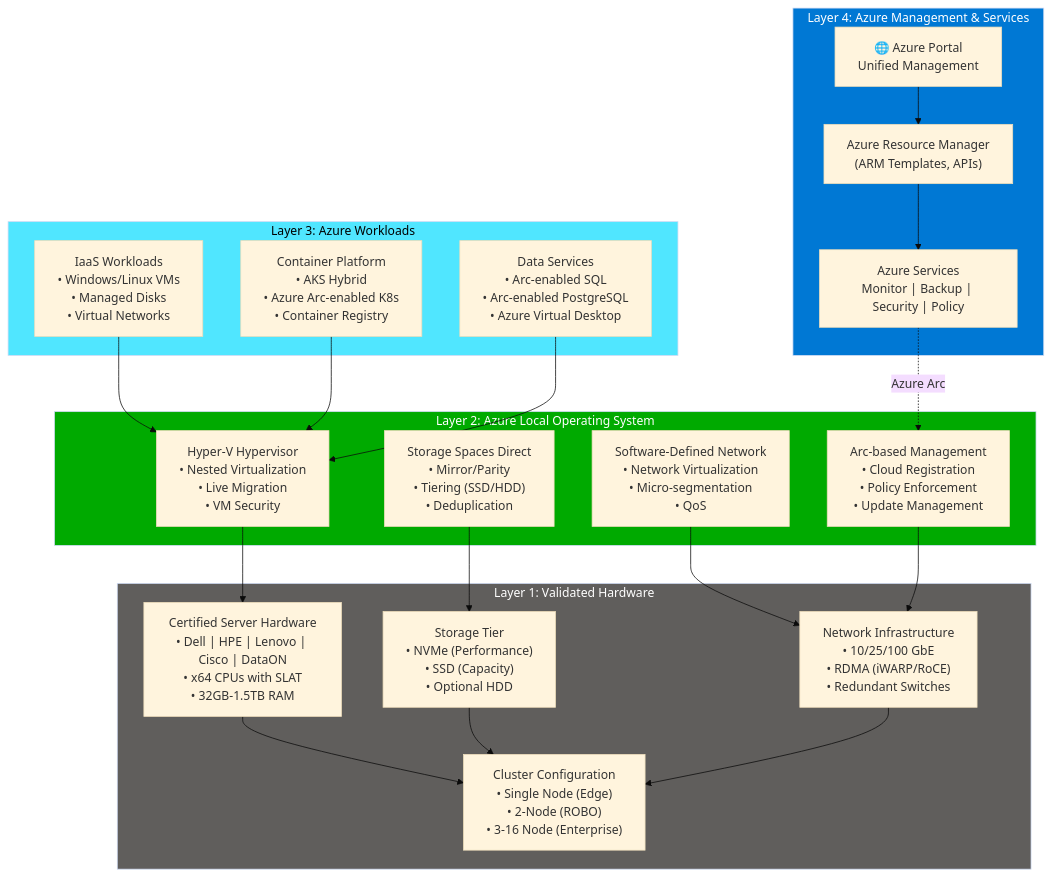
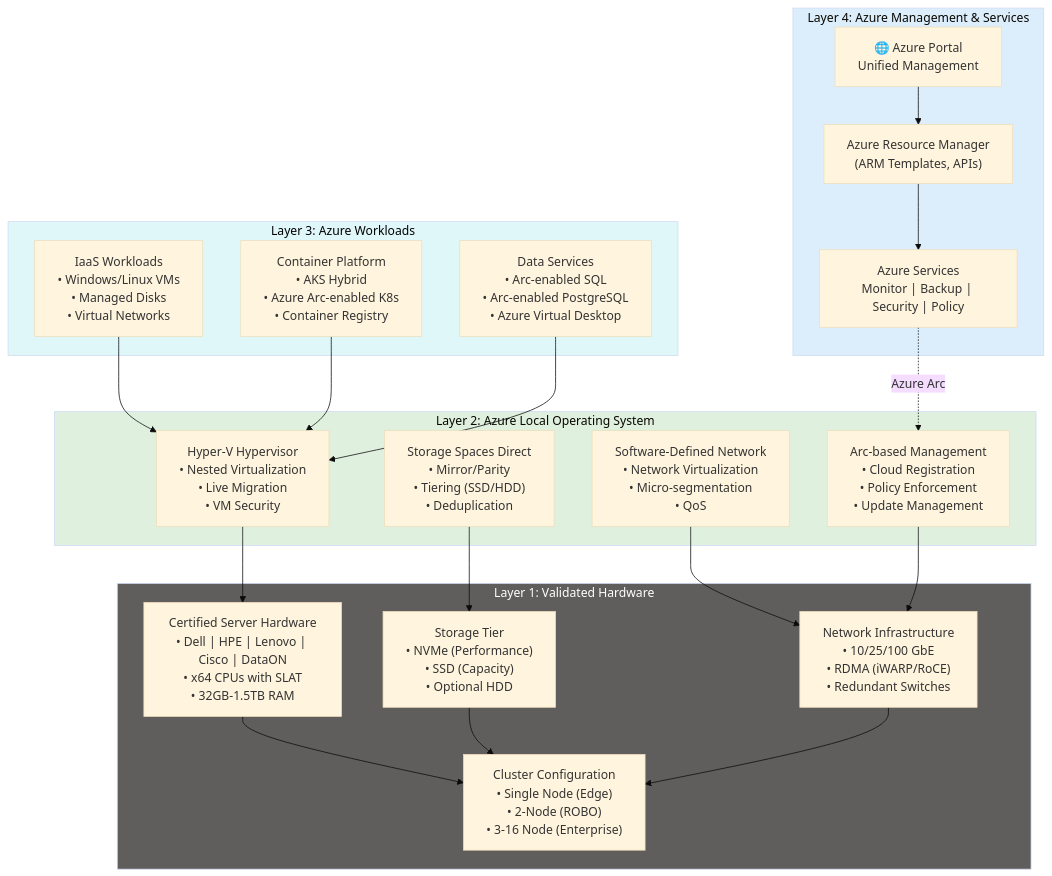
Before and after one commit to EmeaAppGbb/AzureHybridContinuumCookBook: the second of 2 diagrams in docs/02-azure-hybrid-infrastructure/02-azure-local.md, drawn with Mermaid (base theme). The commit also changed other lines of this file and 28 other files, not shown here.

First line of the commit message:
Fix Mermaid diagram readability: use light pastel subgraph backgrounds

````diff
--- a/docs/02-azure-hybrid-infrastructure/02-azure-local.md
+++ b/docs/02-azure-hybrid-infrastructure/02-azure-local.md
@@ -411,50 +411,50 @@
 ```mermaid
 graph TB
     subgraph Layer4["Layer 4: Azure Management & Services"]
         Portal["🌐 Azure Portal<br/>Unified Management"]
         ARM["Azure Resource Manager<br/>(ARM Templates, APIs)"]
         Services["Azure Services<br/>Monitor | Backup | Security | Policy"]
     end
     
     subgraph Layer3["Layer 3: Azure Workloads"]
         IaaS["IaaS Workloads<br/>• Windows/Linux VMs<br/>• Managed Disks<br/>• Virtual Networks"]
         Containers["Container Platform<br/>• AKS Hybrid<br/>• Azure Arc-enabled K8s<br/>• Container Registry"]
         Data["Data Services<br/>• Arc-enabled SQL<br/>• Arc-enabled PostgreSQL<br/>• Azure Virtual Desktop"]
     end
     
     subgraph Layer2["Layer 2: Azure Local Operating System"]
         Compute["Hyper-V Hypervisor<br/>• Nested Virtualization<br/>• Live Migration<br/>• VM Security"]
         Storage["Storage Spaces Direct<br/>• Mirror/Parity<br/>• Tiering (SSD/HDD)<br/>• Deduplication"]
         Network["Software-Defined Network<br/>• Network Virtualization<br/>• Micro-segmentation<br/>• QoS"]
         Management["Arc-based Management<br/>• Cloud Registration<br/>• Policy Enforcement<br/>• Update Management"]
     end
     
     subgraph Layer1["Layer 1: Validated Hardware"]
         Hardware["Certified Server Hardware<br/>• Dell | HPE | Lenovo | Cisco | DataON<br/>• x64 CPUs with SLAT<br/>• 32GB-1.5TB RAM"]
         StorageHW["Storage Tier<br/>• NVMe (Performance)<br/>• SSD (Capacity)<br/>• Optional HDD"]
         NetworkHW["Network Infrastructure<br/>• 10/25/100 GbE<br/>• RDMA (iWARP/RoCE)<br/>• Redundant Switches"]
         Config["Cluster Configuration<br/>• Single Node (Edge)<br/>• 2-Node (ROBO)<br/>• 3-16 Node (Enterprise)"]
     end
     
     Portal --> ARM
     ARM --> Services
     Services -.->|"Azure Arc"| Management
     
     IaaS --> Compute
     Containers --> Compute
     Data --> Compute
     
     Compute --> Hardware
     Storage --> StorageHW
     Network --> NetworkHW
     Management --> NetworkHW
     
     Hardware --> Config
     StorageHW --> Config
     NetworkHW --> Config
     
-    style Layer4 fill:#0078d4,color:#fff
-    style Layer3 fill:#50e6ff,color:#000
-    style Layer2 fill:#00aa00,color:#fff
+    style Layer4 fill:#dceefb
+    style Layer3 fill:#e0f7fa,color:#000
+    style Layer2 fill:#dff0df
     style Layer1 fill:#605e5c,color:#fff
 ```
````
